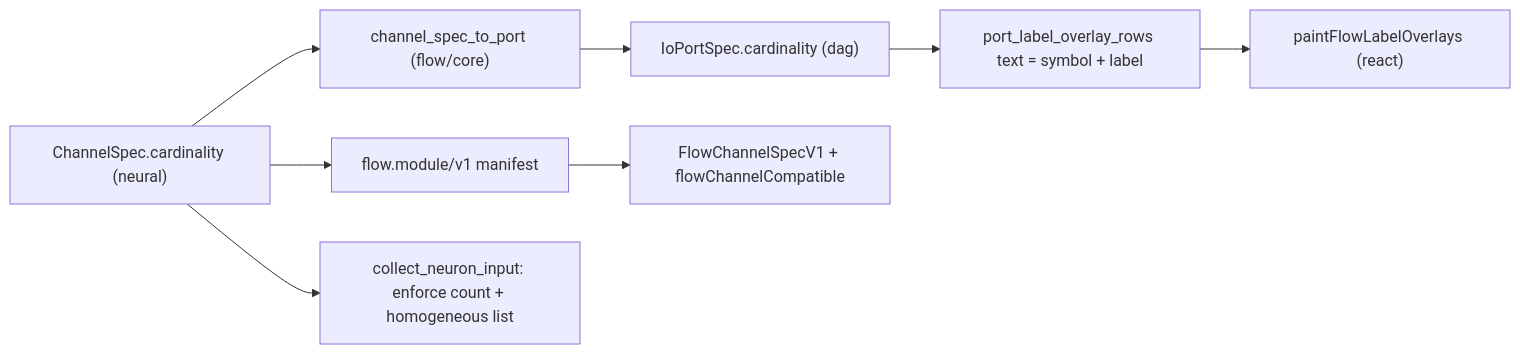
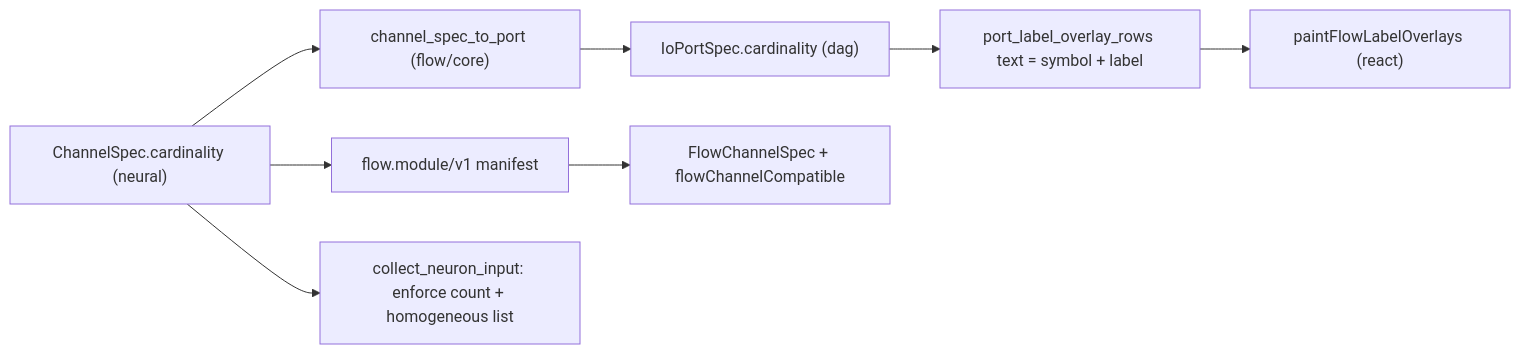
Before and after one commit to usalu/semio: the diagram in .cursor/plans/flow_channel_cardinality_9eaf8442.plan.md, drawn with Mermaid. The commit also changed other lines of this file and 473 other files, not shown here.

````diff
--- a/.cursor/plans/flow_channel_cardinality_9eaf8442.plan.md
+++ b/.cursor/plans/flow_channel_cardinality_9eaf8442.plan.md
@@ -98,10 +98,10 @@
 ```mermaid
 flowchart LR
   ChannelSpec["ChannelSpec.cardinality (neural)"] --> Bridge["channel_spec_to_port (flow/core)"]
   Bridge --> IoPort["IoPortSpec.cardinality (dag)"]
   IoPort --> Overlay["port_label_overlay_rows text = symbol + label"]
   Overlay --> Paint["paintFlowLabelOverlays (react)"]
   ChannelSpec --> Manifest["flow.module/v1 manifest"]
-  Manifest --> TS["FlowChannelSpecV1 + flowChannelCompatible"]
+  Manifest --> TS["FlowChannelSpec + flowChannelCompatible"]
   ChannelSpec --> Runtime["collect_neuron_input: enforce count + homogeneous list"]
 ```
````
